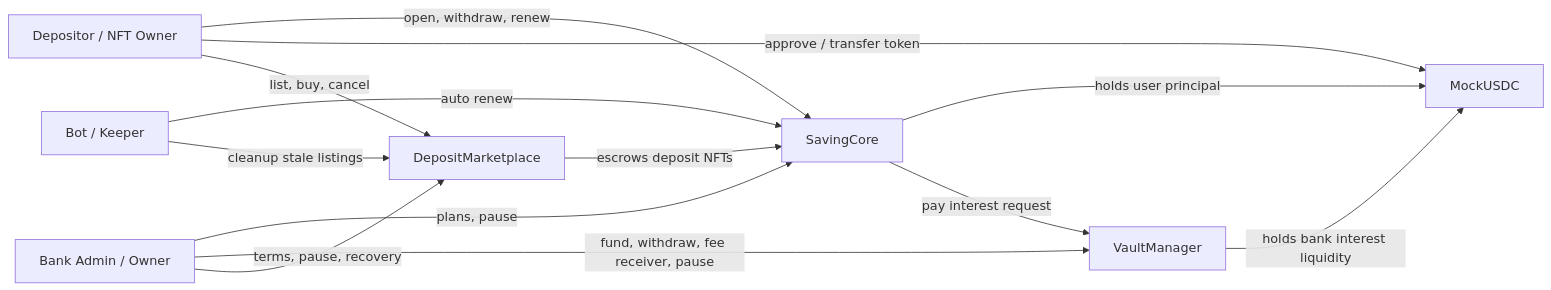
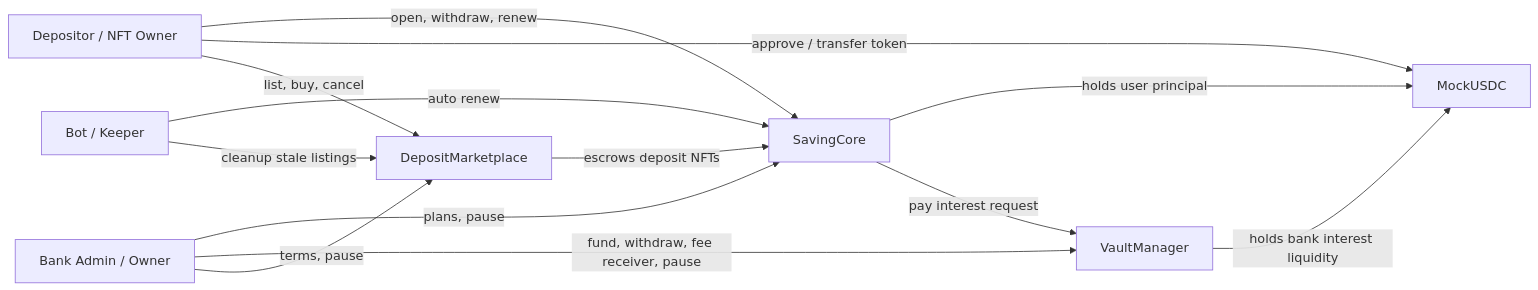
Before and after one commit to DarqPL/DefiBanking-AC: the first of 16 diagrams in docs/USECASE_WORKFLOWS.md, drawn with Mermaid. The commit also changed other lines of this file and 14 other files, not shown here.

````diff
--- a/docs/USECASE_WORKFLOWS.md
+++ b/docs/USECASE_WORKFLOWS.md
@@ -7,23 +7,23 @@
 ```mermaid
 flowchart LR
     User[Depositor / NFT Owner]
     Admin[Bank Admin / Owner]
     Bot[Bot / Keeper]
     Token[MockUSDC]
     Core[SavingCore]
     Vault[VaultManager]
     Market[DepositMarketplace]
 
     User -->|open, withdraw, renew| Core
     User -->|approve / transfer token| Token
     User -->|list, buy, cancel| Market
     Admin -->|plans, pause| Core
     Admin -->|fund, withdraw, fee receiver, pause| Vault
-    Admin -->|terms, pause, recovery| Market
+    Admin -->|terms, pause| Market
     Bot -->|auto renew| Core
     Bot -->|cleanup stale listings| Market
     Core -->|holds user principal| Token
     Vault -->|holds bank interest liquidity| Token
     Market -->|escrows deposit NFTs| Core
     Core -->|pay interest request| Vault
 ```
````
